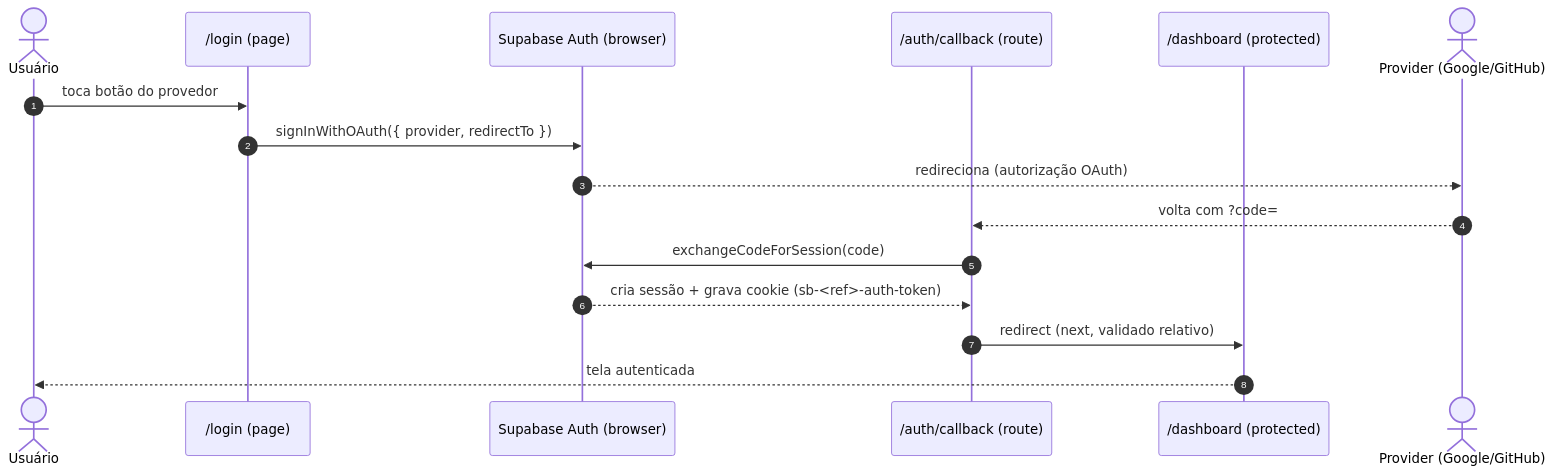
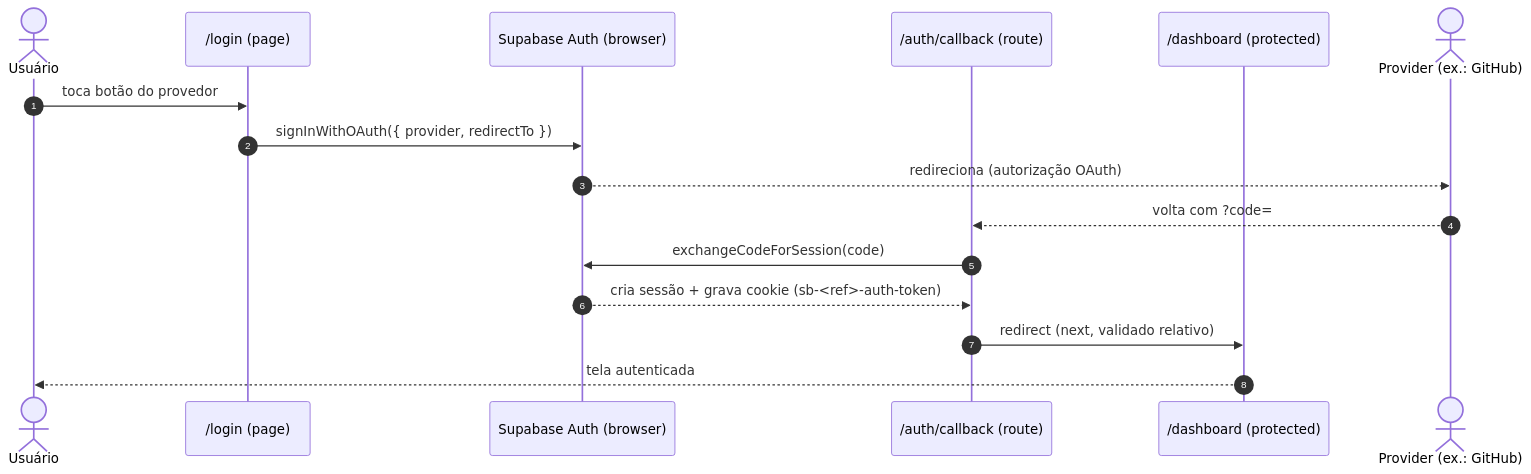
Before and after one commit to cavalcanteprofissional/karaoke-flow: the first of 21 diagrams in docs/flows/fluxos-do-sistema.md, drawn with Mermaid. The commit also changed other lines of this file and 5 other files, not shown here.

````diff
--- a/docs/flows/fluxos-do-sistema.md
+++ b/docs/flows/fluxos-do-sistema.md
@@ -11,19 +13,19 @@
 ```mermaid
 sequenceDiagram
     autonumber
     actor U as Usuário
     participant L as /login (page)
     participant S as Supabase Auth (browser)
     participant CB as /auth/callback (route)
     participant D as /dashboard (protected)
-    actor P as Provider (Google/GitHub)
+    actor P as Provider (ex.: GitHub)
 
     U->>L: toca botão do provedor
     L->>S: signInWithOAuth({ provider, redirectTo })
     S-->>P: redireciona (autorização OAuth)
     P-->>CB: volta com ?code=
     CB->>S: exchangeCodeForSession(code)
     S-->>CB: cria sessão + grava cookie (sb-<ref>-auth-token)
     CB->>D: redirect (next, validado relativo)
     D-->>U: tela autenticada
 ```
````
